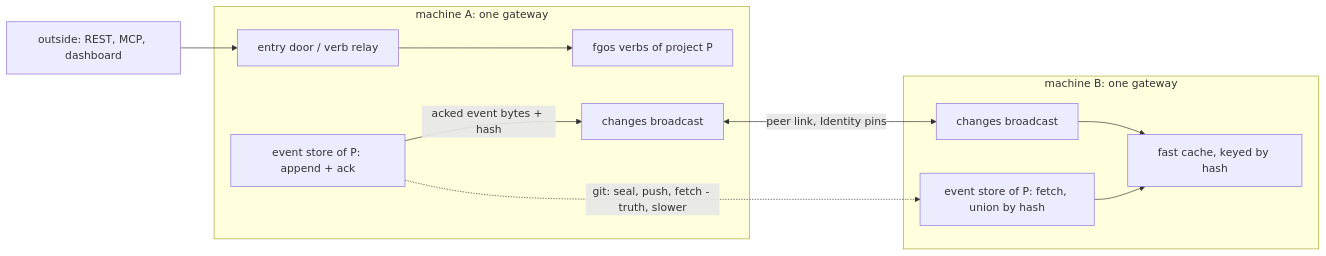
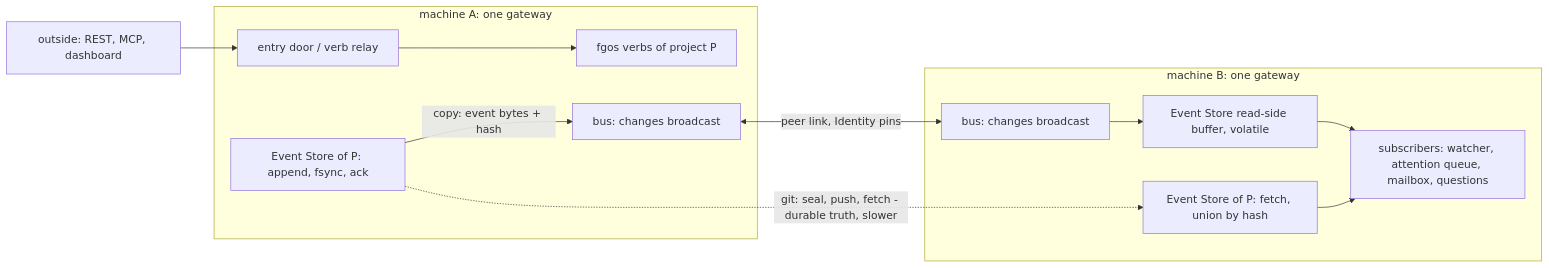
The diagram in plans/discussions/ds-64l3h22msc-gateway-cluster/DISCUSSION.md (vantt/forgent), drawn with Mermaid before and after one commit. The commit also changed other lines of this file, not shown here.

Commit message:
discussion(gateway-cluster): the Event Store is durable truth, the gateway cluster is a transient bus

````diff
--- a/plans/discussions/ds-64l3h22msc-gateway-cluster/DISCUSSION.md
+++ b/plans/discussions/ds-64l3h22msc-gateway-cluster/DISCUSSION.md
@@ -174,14 +182,15 @@
 ```mermaid
 flowchart LR
   X[outside: REST, MCP, dashboard] --> D1
   subgraph M1[machine A: one gateway]
     D1[entry door / verb relay] --> V1[fgos verbs of project P]
-    ES1[event store of P: append + ack] -->|acked event bytes + hash| B1[changes broadcast]
+    ES1[Event Store of P: append, fsync, ack] -->|copy: event bytes + hash| B1[bus: changes broadcast]
   end
   subgraph M2[machine B: one gateway]
-    B2[changes broadcast] --> C2[fast cache, keyed by hash]
-    ES2[event store of P: fetch, union by hash] --> C2
+    B2[bus: changes broadcast] --> R2[Event Store read-side buffer, volatile]
+    R2 --> S2[subscribers: watcher, attention queue, mailbox, questions]
+    ES2[Event Store of P: fetch, union by hash] --> S2
   end
   B1 <-->|peer link, Identity pins| B2
-  ES1 -. git: seal, push, fetch - truth, slower .-> ES2
+  ES1 -. git: seal, push, fetch - durable truth, slower .-> ES2
 ```
````
